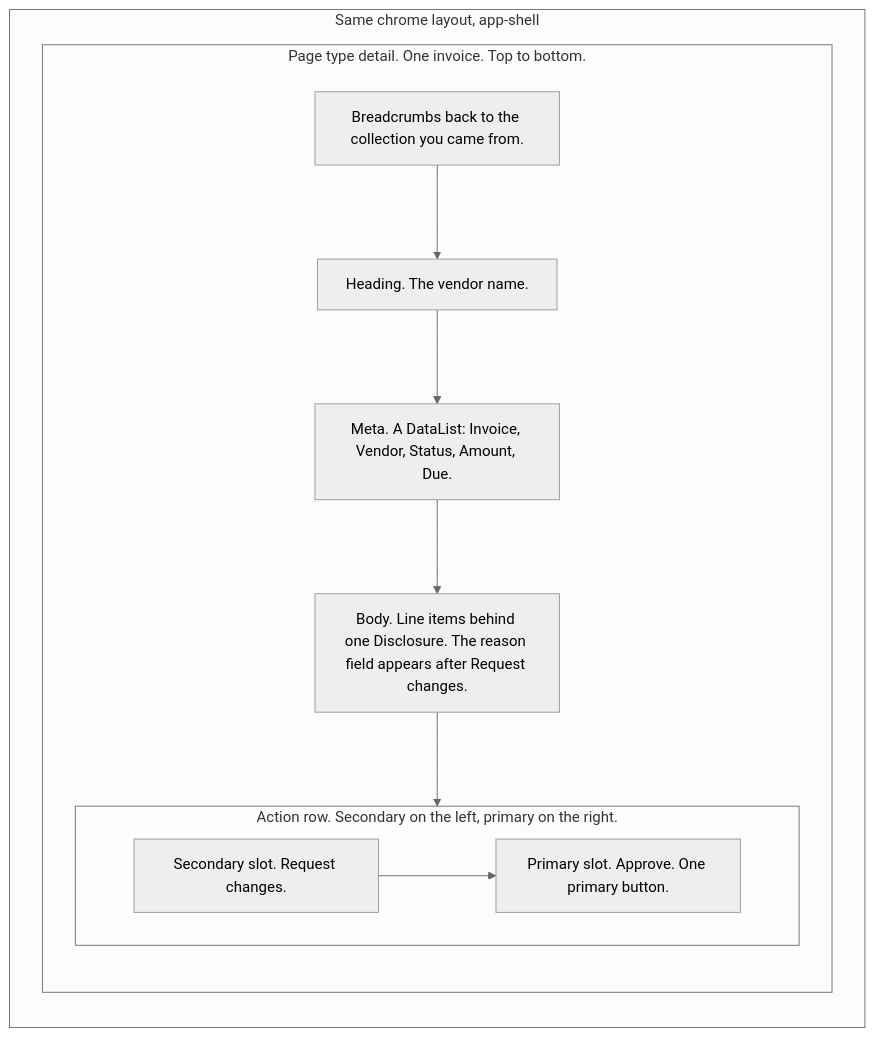
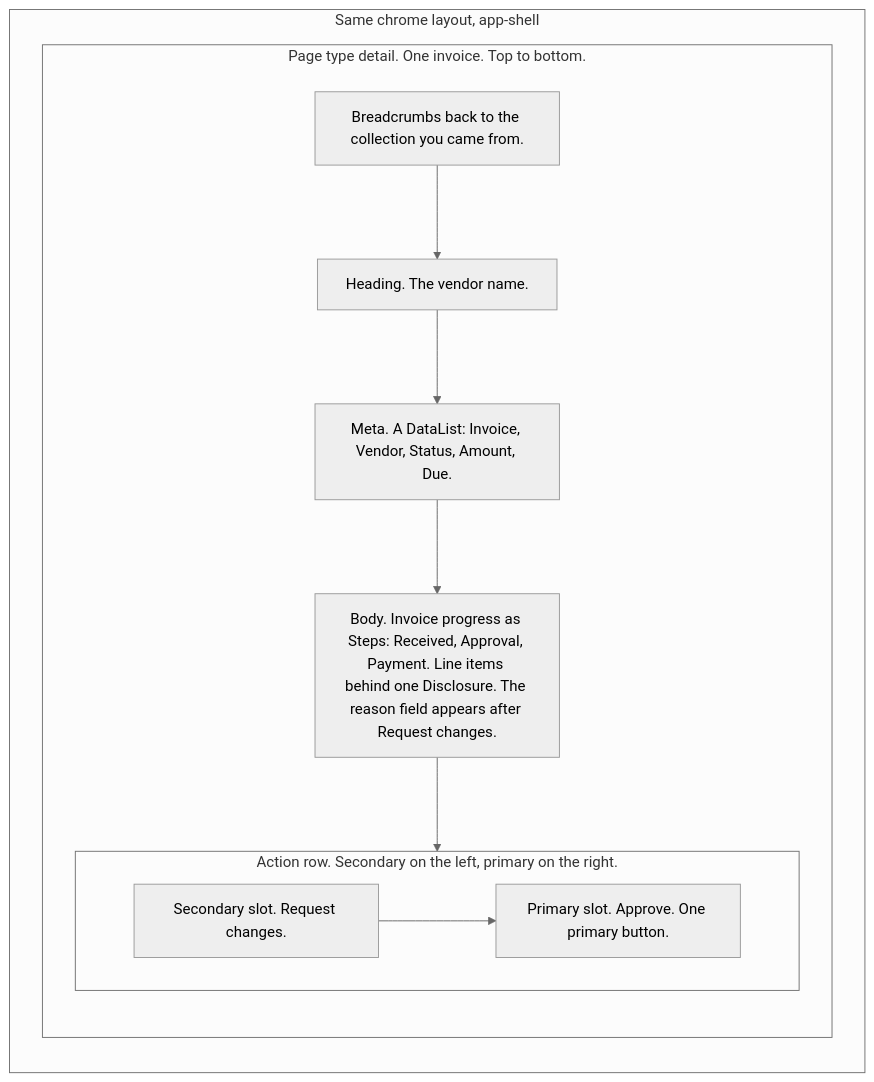
One commit to tounsoo/agent-design-loop changed the second of 5 diagrams in products/meridian/docs/how-it-works.md. Above: the diagram before and after it, drawn with Mermaid (neutral theme). The commit also changed 13 other files, not shown here.

First line of the commit message:
Show Meridian invoice progress with Todae Steps, through proposal 0014

````diff
--- a/products/meridian/docs/how-it-works.md
+++ b/products/meridian/docs/how-it-works.md
@@ -69,20 +69,20 @@
 ```mermaid
 flowchart TB
   subgraph shell ["Same chrome layout, app-shell"]
     direction TB
     subgraph detail ["Page type detail. One invoice. Top to bottom."]
       direction TB
       crumbs["Breadcrumbs back to the collection you came from."]
       heading["Heading. The vendor name."]
       meta["Meta. A DataList: Invoice, Vendor, Status, Amount, Due."]
-      body["Body. Line items behind one Disclosure. The reason field appears after Request changes."]
+      body["Body. Invoice progress as Steps: Received, Approval, Payment. Line items behind one Disclosure. The reason field appears after Request changes."]
       subgraph actions ["Action row. Secondary on the left, primary on the right."]
         direction LR
         secondary["Secondary slot. Request changes."]
         primary["Primary slot. Approve. One primary button."]
         secondary --> primary
       end
       crumbs --> heading --> meta --> body --> actions
     end
   end
 ```
````
